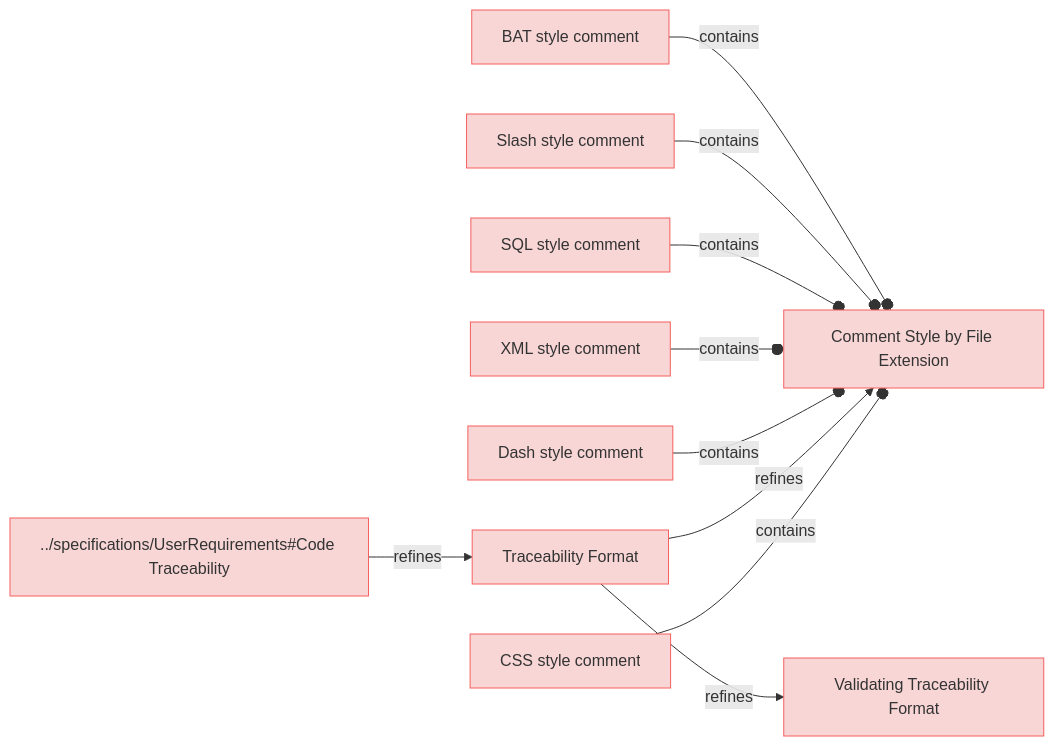
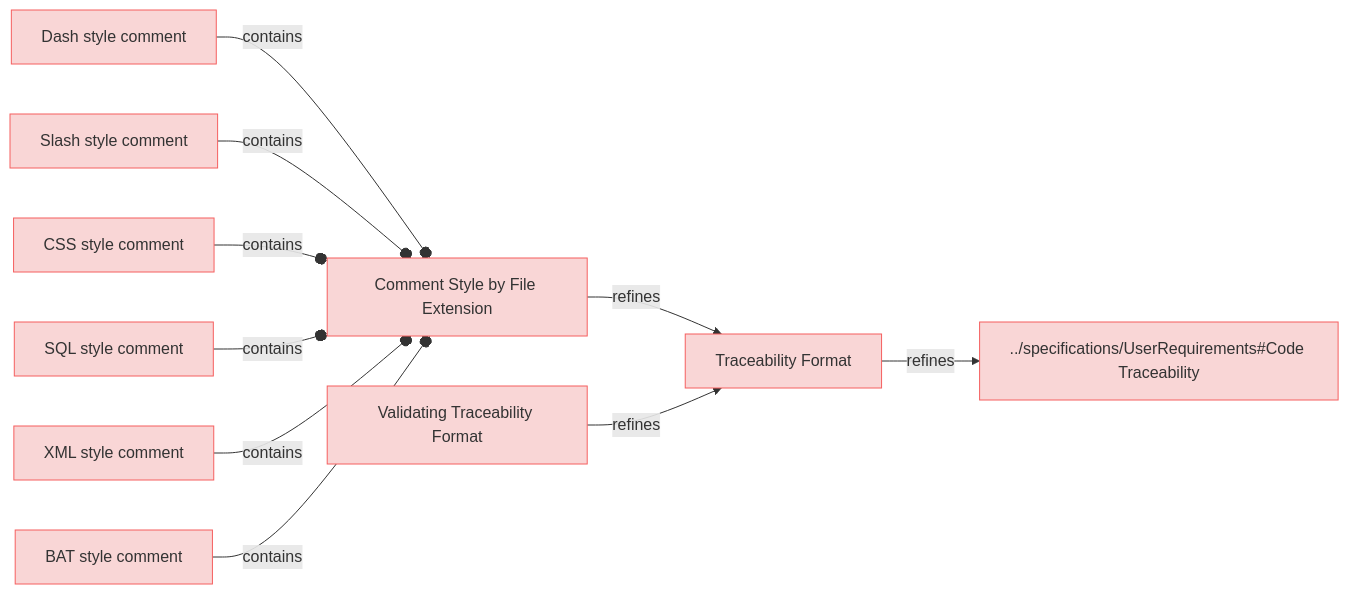
One commit to reqvire-org/reqvire changed the diagram in specifications/CodeTraecabilityRequirements.md. Above: the diagram before and after it, drawn with Mermaid. The commit also changed 22 other files, not shown here.

````diff
--- a/specifications/CodeTraecabilityRequirements.md
+++ b/specifications/CodeTraecabilityRequirements.md
@@ -4,48 +4,48 @@
 ```mermaid
 graph LR;
   %% Graph styling
   classDef requirement fill:#f9d6d6,stroke:#f55f5f,stroke-width:1px;
   classDef verification fill:#d6f9d6,stroke:#5fd75f,stroke-width:1px;
   classDef externalLink fill:#d0e0ff,stroke:#3080ff,stroke-width:1px;
   classDef default fill:#f5f5f5,stroke:#333333,stroke-width:1px;
 
-  d6b76d3e1a3056ce["BAT style comment"];
-  click d6b76d3e1a3056ce "https://github.com/Reqvire/reqvire/blob/667635d4628fed400323f7df3689af2dbc2ad666/specifications/CodeTraecabilityRequirements.md#bat-style-comment";
-  class d6b76d3e1a3056ce requirement;
+  e7305180ad512acd["Dash style comment"];
+  click e7305180ad512acd "https://github.com/Reqvire/reqvire/blob/ad88ba6b828e94c93382866fefd058c011c1ac60/specifications/CodeTraecabilityRequirements.md#dash-style-comment";
+  class e7305180ad512acd requirement;
   c332a9a7fee51b73["Comment Style by File Extension"];
   class c332a9a7fee51b73 requirement;
-  click c332a9a7fee51b73 "https://github.com/Reqvire/reqvire/blob/667635d4628fed400323f7df3689af2dbc2ad666/specifications/CodeTraecabilityRequirements.md#comment-style-by-file-extension";
-  d6b76d3e1a3056ce --o|contains| c332a9a7fee51b73;
+  click c332a9a7fee51b73 "https://github.com/Reqvire/reqvire/blob/ad88ba6b828e94c93382866fefd058c011c1ac60/specifications/CodeTraecabilityRequirements.md#comment-style-by-file-extension";
+  e7305180ad512acd --o|contains| c332a9a7fee51b73;
   e7b2735ad78db7f7["Slash style comment"];
-  click e7b2735ad78db7f7 "https://github.com/Reqvire/reqvire/blob/667635d4628fed400323f7df3689af2dbc2ad666/specifications/CodeTraecabilityRequirements.md#slash-style-comment";
+  click e7b2735ad78db7f7 "https://github.com/Reqvire/reqvire/blob/ad88ba6b828e94c93382866fefd058c011c1ac60/specifications/CodeTraecabilityRequirements.md#slash-style-comment";
   class e7b2735ad78db7f7 requirement;
   e7b2735ad78db7f7 --o|contains| c332a9a7fee51b73;
   8086d70961a4c09["Traceability Format"];
-  click 8086d70961a4c09 "https://github.com/Reqvire/reqvire/blob/667635d4628fed400323f7df3689af2dbc2ad666/specifications/CodeTraecabilityRequirements.md#traceability-format";
   class 8086d70961a4c09 requirement;
-  8c02a4fb740392b["../specifications/UserRequirements#Code Traceability"];
-  class 8c02a4fb740392b requirement;
-  click 8c02a4fb740392b "https://github.com/Reqvire/reqvire/blob/667635d4628fed400323f7df3689af2dbc2ad666/specifications/UserRequirements.md#code-traceability";
-  8c02a4fb740392b -->|refines| 8086d70961a4c09;
+  click 8086d70961a4c09 "https://github.com/Reqvire/reqvire/blob/ad88ba6b828e94c93382866fefd058c011c1ac60/specifications/CodeTraecabilityRequirements.md#traceability-format";
+  c332a9a7fee51b73 -->|refines| 8086d70961a4c09;
+  240322b67055a395["CSS style comment"];
+  click 240322b67055a395 "https://github.com/Reqvire/reqvire/blob/ad88ba6b828e94c93382866fefd058c011c1ac60/specifications/CodeTraecabilityRequirements.md#css-style-comment";
+  class 240322b67055a395 requirement;
+  240322b67055a395 --o|contains| c332a9a7fee51b73;
   cb7a50ba5073bd8f["SQL style comment"];
-  click cb7a50ba5073bd8f "https://github.com/Reqvire/reqvire/blob/667635d4628fed400323f7df3689af2dbc2ad666/specifications/CodeTraecabilityRequirements.md#sql-style-comment";
+  click cb7a50ba5073bd8f "https://github.com/Reqvire/reqvire/blob/ad88ba6b828e94c93382866fefd058c011c1ac60/specifications/CodeTraecabilityRequirements.md#sql-style-comment";
   class cb7a50ba5073bd8f requirement;
   cb7a50ba5073bd8f --o|contains| c332a9a7fee51b73;
   f02fa9023214d641["XML style comment"];
-  click f02fa9023214d641 "https://github.com/Reqvire/reqvire/blob/667635d4628fed400323f7df3689af2dbc2ad666/specifications/CodeTraecabilityRequirements.md#xml-style-comment";
+  click f02fa9023214d641 "https://github.com/Reqvire/reqvire/blob/ad88ba6b828e94c93382866fefd058c011c1ac60/specifications/CodeTraecabilityRequirements.md#xml-style-comment";
   class f02fa9023214d641 requirement;
   f02fa9023214d641 --o|contains| c332a9a7fee51b73;
-  e7305180ad512acd["Dash style comment"];
-  click e7305180ad512acd "https://github.com/Reqvire/reqvire/blob/667635d4628fed400323f7df3689af2dbc2ad666/specifications/CodeTraecabilityRequirements.md#dash-style-comment";
-  class e7305180ad512acd requirement;
-  e7305180ad512acd --o|contains| c332a9a7fee51b73;
-  8086d70961a4c09 -->|refines| c332a9a7fee51b73;
+  8c02a4fb740392b["../specifications/UserRequirements#Code Traceability"];
+  class 8c02a4fb740392b requirement;
+  click 8c02a4fb740392b "https://github.com/Reqvire/reqvire/blob/ad88ba6b828e94c93382866fefd058c011c1ac60/specifications/UserRequirements.md#code-traceability";
+  8086d70961a4c09 -->|refines| 8c02a4fb740392b;
+  d6b76d3e1a3056ce["BAT style comment"];
+  click d6b76d3e1a3056ce "https://github.com/Reqvire/reqvire/blob/ad88ba6b828e94c93382866fefd058c011c1ac60/specifications/CodeTraecabilityRequirements.md#bat-style-comment";
+  class d6b76d3e1a3056ce requirement;
+  d6b76d3e1a3056ce --o|contains| c332a9a7fee51b73;
   1e4723b5a9d499c3["Validating Traceability Format"];
-  click 1e4723b5a9d499c3 "https://github.com/Reqvire/reqvire/blob/667635d4628fed400323f7df3689af2dbc2ad666/specifications/CodeTraecabilityRequirements.md#validating-traceability-format";
+  click 1e4723b5a9d499c3 "https://github.com/Reqvire/reqvire/blob/ad88ba6b828e94c93382866fefd058c011c1ac60/specifications/CodeTraecabilityRequirements.md#validating-traceability-format";
   class 1e4723b5a9d499c3 requirement;
-  8086d70961a4c09 -->|refines| 1e4723b5a9d499c3;
-  240322b67055a395["CSS style comment"];
-  click 240322b67055a395 "https://github.com/Reqvire/reqvire/blob/667635d4628fed400323f7df3689af2dbc2ad666/specifications/CodeTraecabilityRequirements.md#css-style-comment";
-  class 240322b67055a395 requirement;
-  240322b67055a395 --o|contains| c332a9a7fee51b73;
+  1e4723b5a9d499c3 -->|refines| 8086d70961a4c09;
 ```
````
